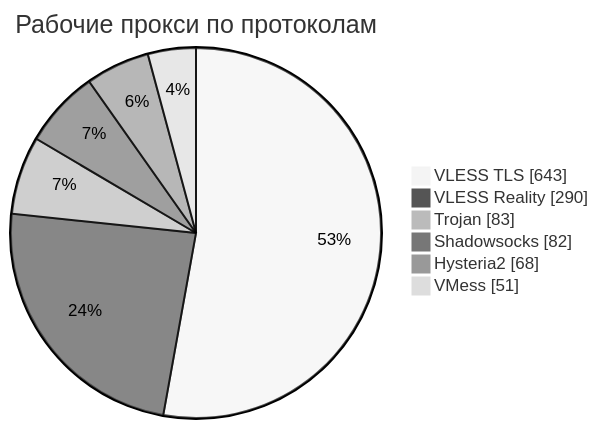
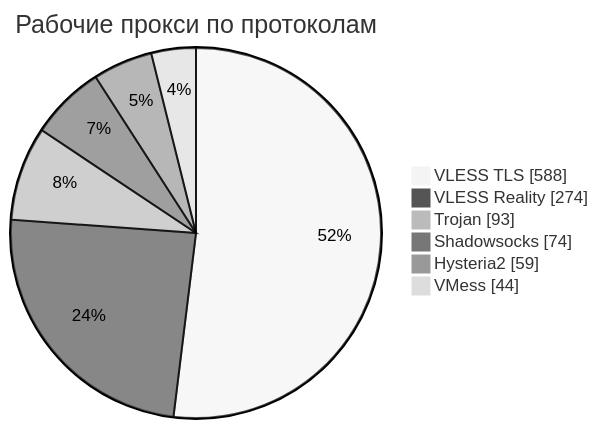
The third of 4 diagrams in README.md (rvvg/proxy-subs), drawn with Mermaid (neutral theme) before and after one commit. The commit also changed other lines of this file and 41 other files, not shown here.

````diff
--- a/README.md
+++ b/README.md
@@ -130,10 +130,10 @@
 ```mermaid
 pie showData
     title Рабочие прокси по протоколам
-    "VLESS TLS" : 643
-    "VLESS Reality" : 290
-    "Trojan" : 83
-    "Shadowsocks" : 82
-    "Hysteria2" : 68
-    "VMess" : 51
+    "VLESS TLS" : 588
+    "VLESS Reality" : 274
+    "Trojan" : 93
+    "Shadowsocks" : 74
+    "Hysteria2" : 59
+    "VMess" : 44
 ```
````
